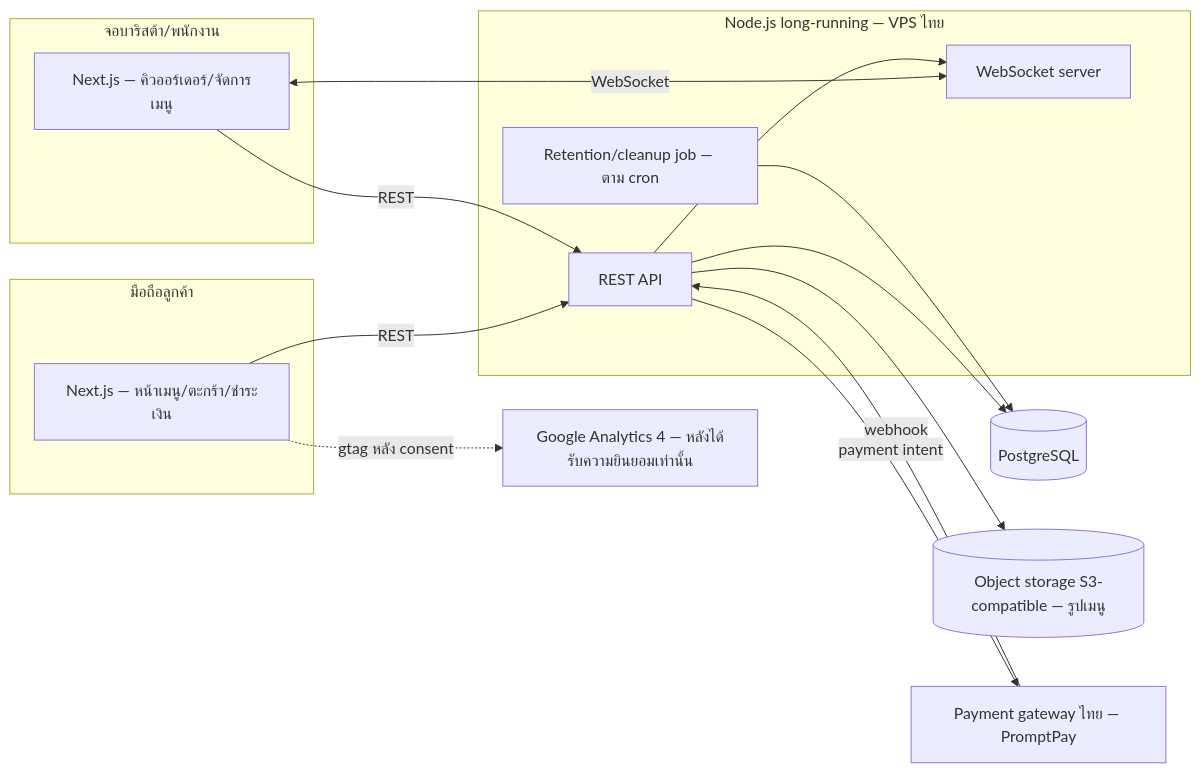
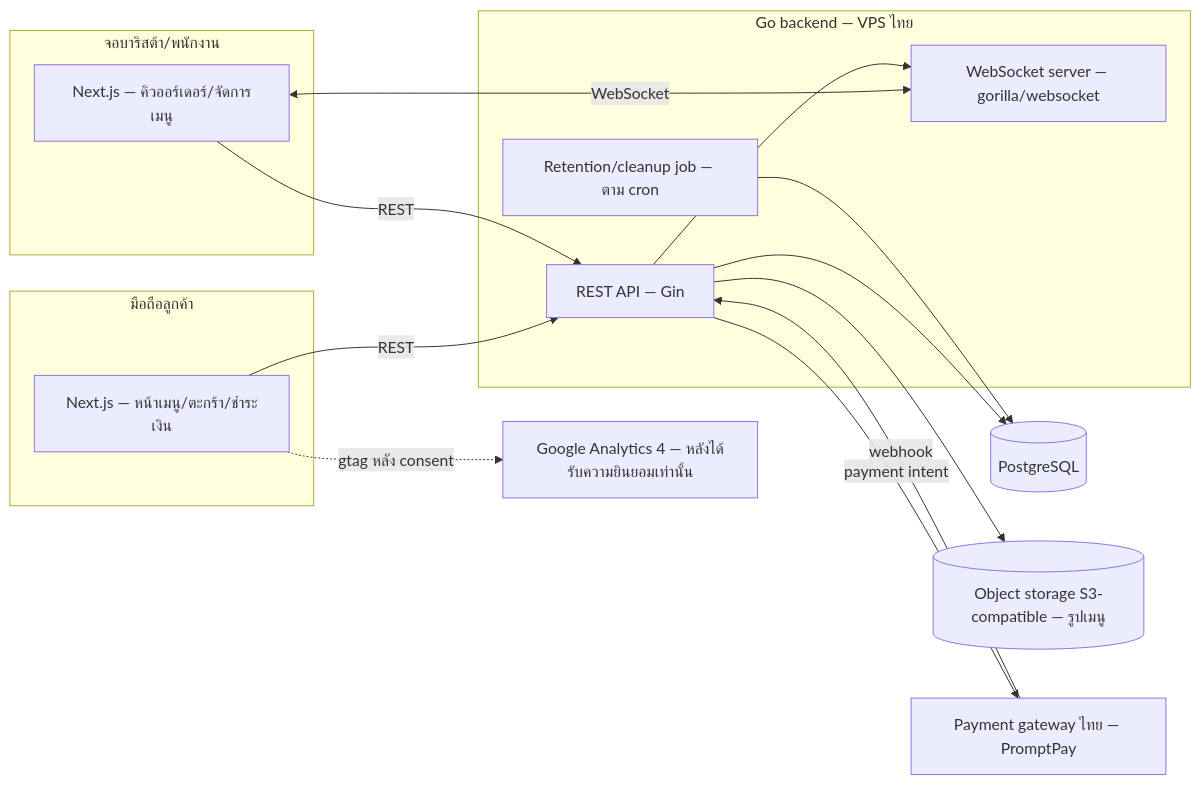
One commit to boonthepkstl-alt/my-coffee-store changed the diagram in docs/02-design/02-technical/20260824-03-architecture-api-db-design.md. Above: the diagram before and after it, drawn with Mermaid. The commit also changed other lines of this file and 10 other files, not shown here.

````diff
--- a/docs/02-design/02-technical/20260824-03-architecture-api-db-design.md
+++ b/docs/02-design/02-technical/20260824-03-architecture-api-db-design.md
@@ -40,29 +48,29 @@
 ```mermaid
 flowchart LR
   subgraph client_mobile[มือถือลูกค้า]
     web[Next.js — หน้าเมนู/ตะกร้า/ชำระเงิน]
   end
   subgraph client_staff[จอบาริสต้า/พนักงาน]
     staffui[Next.js — คิวออร์เดอร์/จัดการเมนู]
   end
-  subgraph server[Node.js long-running — VPS ไทย]
-    api[REST API]
-    ws[WebSocket server]
+  subgraph server[Go backend — VPS ไทย]
+    api[REST API — Gin]
+    ws[WebSocket server — gorilla/websocket]
     worker[Retention/cleanup job — ตาม cron]
   end
   db[(PostgreSQL)]
   storage[(Object storage S3-compatible — รูปเมนู)]
   gateway[Payment gateway ไทย — PromptPay]
   ga[Google Analytics 4 — หลังได้รับความยินยอมเท่านั้น]
 
   web -- REST --> api
   web -. gtag หลัง consent .-> ga
   staffui -- REST --> api
   staffui <-- WebSocket --> ws
   api --> db
   api --> storage
   api -- payment intent --> gateway
   gateway -- webhook --> api
   api --> ws
   worker --> db
 ```
````
